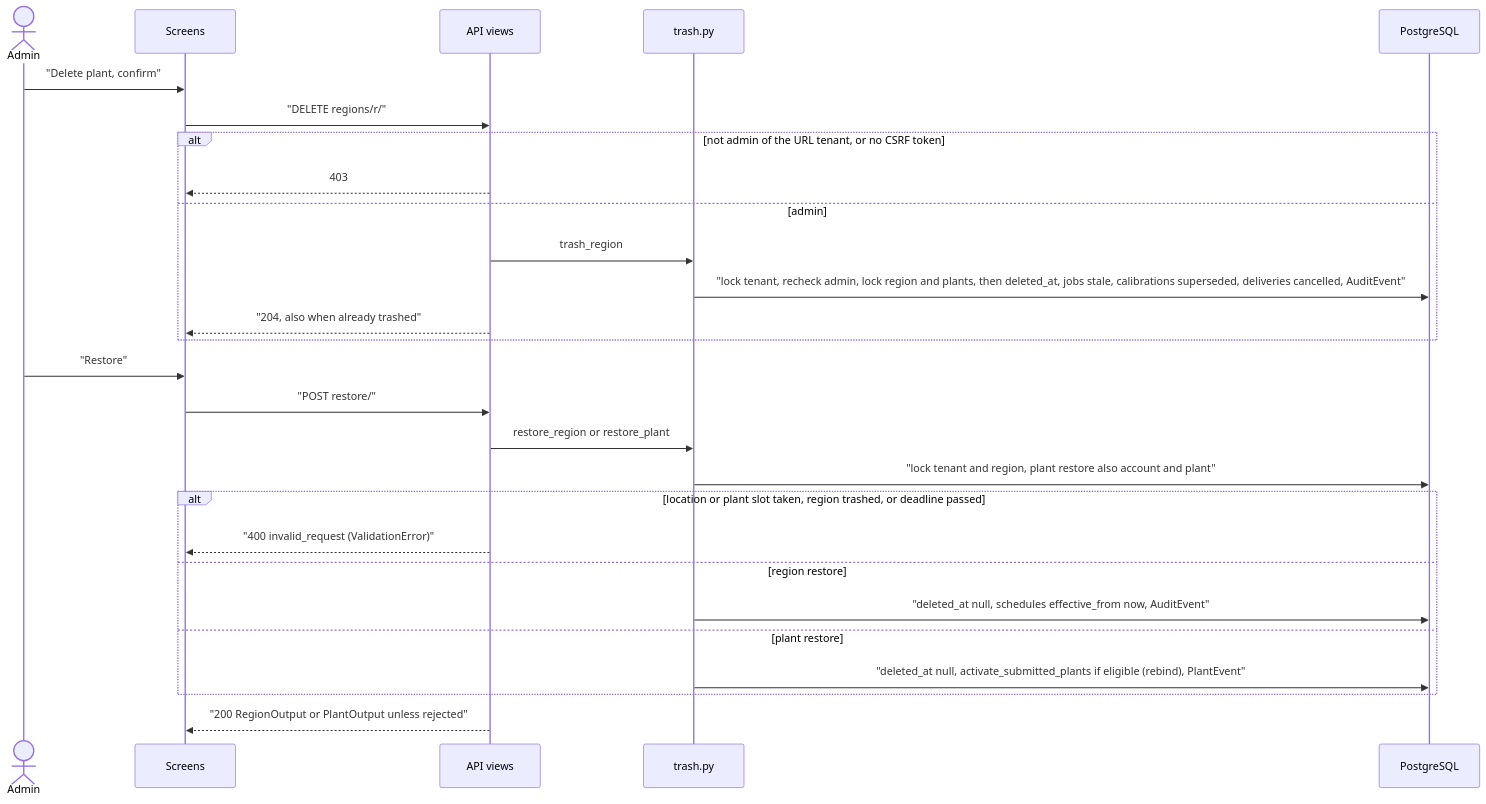
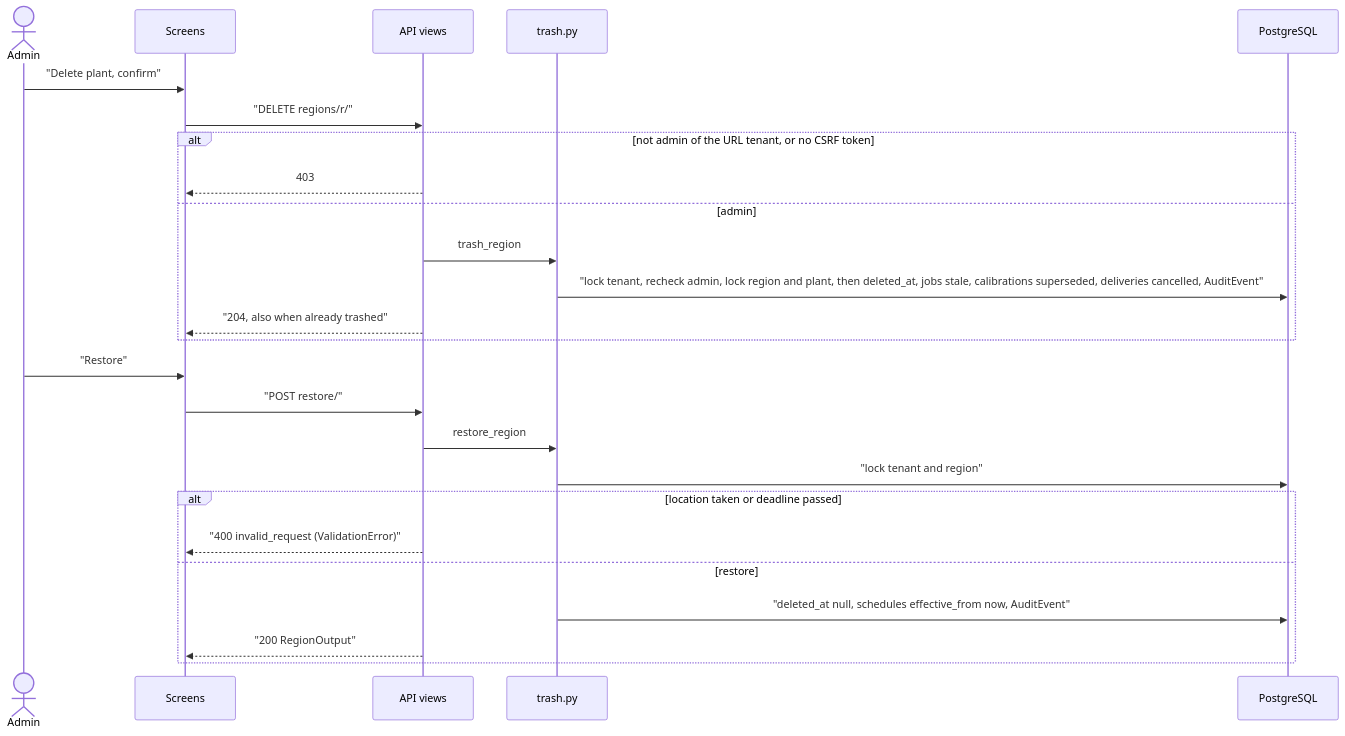
The diagram in docs/flows/plant-trash-and-restore.md (erkurtharun/pyracast), drawn with Mermaid before and after one commit. The commit also changed other lines of this file and 326 other files, not shown here.

First line of the commit message:
Reset the schema baseline, remove legacy shapes and derive stored vocabularies (#32)

````diff
--- a/docs/flows/plant-trash-and-restore.md
+++ b/docs/flows/plant-trash-and-restore.md
@@ -15,29 +14,27 @@
 ```mermaid
 sequenceDiagram
     actor U as Admin
     participant S as Screens
     participant V as API views
     participant T as trash.py
     participant D as PostgreSQL
     U->>S: "Delete plant, confirm"
     S->>V: "DELETE regions/r/"
     alt not admin of the URL tenant, or no CSRF token
         V-->>S: 403
     else admin
         V->>T: trash_region
-        T->>D: "lock tenant, recheck admin, lock region and plants, then deleted_at, jobs stale, calibrations superseded, deliveries cancelled, AuditEvent"
+        T->>D: "lock tenant, recheck admin, lock region and plant, then deleted_at, jobs stale, calibrations superseded, deliveries cancelled, AuditEvent"
         V-->>S: "204, also when already trashed"
     end
     U->>S: "Restore"
     S->>V: "POST restore/"
-    V->>T: restore_region or restore_plant
-    T->>D: "lock tenant and region, plant restore also account and plant"
-    alt location or plant slot taken, region trashed, or deadline passed
+    V->>T: restore_region
+    T->>D: "lock tenant and region"
+    alt location taken or deadline passed
         V-->>S: "400 invalid_request (ValidationError)"
-    else region restore
+    else restore
         T->>D: "deleted_at null, schedules effective_from now, AuditEvent"
-    else plant restore
-        T->>D: "deleted_at null, activate_submitted_plants if eligible (rebind), PlantEvent"
+        V-->>S: "200 RegionOutput"
     end
-    V-->>S: "200 RegionOutput or PlantOutput unless rejected"
 ```
````
